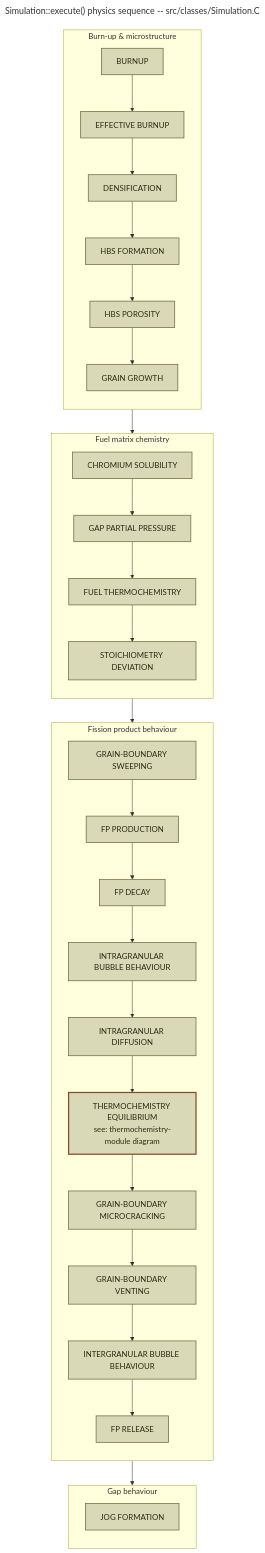
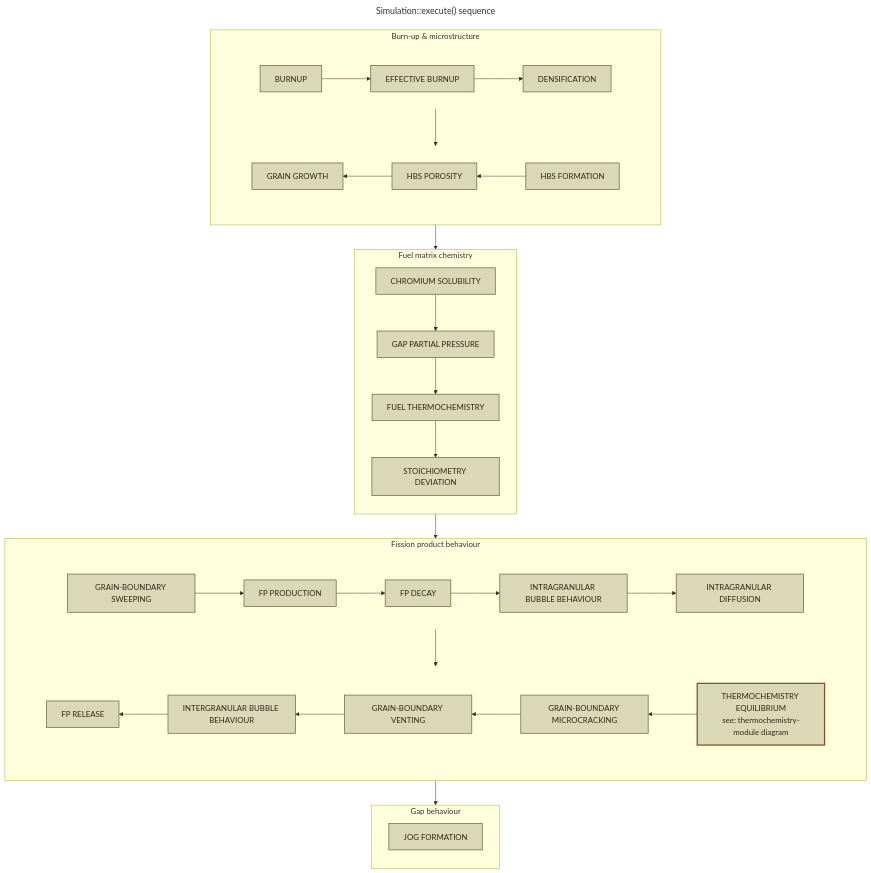
The diagram in utilities/workflow/Simulation.mmd (sciantix/sciantix-official), drawn with Mermaid before and after one commit. The commit also changed 136 other files, not shown here.

```diff
--- a/utilities/workflow/Simulation.mmd
+++ b/utilities/workflow/Simulation.mmd
@@ -1,34 +1,52 @@
 ---
-title: Simulation::execute() physics sequence -- src/classes/Simulation.C
+title: Simulation::execute() sequence   
 ---
 flowchart TB
     subgraph BURN["Burn-up & microstructure"]
         direction TB
-        Burnup["BURNUP"] --> EffectiveBurnup["EFFECTIVE BURNUP"] --> Densification["DENSIFICATION"] --> HighBurnupStructureFormation["HBS FORMATION"] --> HighBurnupStructurePorosity["HBS POROSITY"] --> GrainGrowth["GRAIN GROWTH"]
+        subgraph BURN_R1[" "]
+            direction LR
+            Burnup["BURNUP"] --> EffectiveBurnup["EFFECTIVE BURNUP"] --> Densification["DENSIFICATION"]
+        end
+        subgraph BURN_R2[" "]
+            direction RL
+            HighBurnupStructureFormation["HBS FORMATION"] --> HighBurnupStructurePorosity["HBS POROSITY"] --> GrainGrowth["GRAIN GROWTH"]
+        end
+        Densification --> HighBurnupStructureFormation
     end
 
     subgraph CHEM["Fuel matrix chemistry"]
         direction TB
         ChromiumSolubility["CHROMIUM SOLUBILITY"] --> GapPartialPressure["GAP PARTIAL PRESSURE"] --> UO2Thermochemistry["FUEL THERMOCHEMISTRY"] --> StoichiometryDeviation["STOICHIOMETRY DEVIATION"]
     end
 
     subgraph FP["Fission product behaviour"]
         direction TB
-        GrainBoundarySweeping["GRAIN-BOUNDARY SWEEPING"] --> FissionProductProduction["FP PRODUCTION"] --> FissionProductDecay["FP DECAY"] --> IntraGranularBubbleBehavior["INTRAGRANULAR BUBBLE BEHAVIOUR"] --> IntragranularDiffusion["INTRAGRANULAR DIFFUSION"] --> SetPhaseDiagram["THERMOCHEMISTRY EQUILIBRIUM<br/>see: thermochemistry-module diagram"] --> GrainBoundaryMicroCracking["GRAIN-BOUNDARY MICROCRACKING"] --> GrainBoundaryVenting["GRAIN-BOUNDARY VENTING"] --> InterGranularBubbleBehavior["INTERGRANULAR BUBBLE BEHAVIOUR"] --> FissionProductRelease["FP RELEASE"]
+        subgraph FP_R1[" "]
+            direction LR
+            GrainBoundarySweeping["GRAIN-BOUNDARY SWEEPING"] --> FissionProductProduction["FP PRODUCTION"] --> FissionProductDecay["FP DECAY"] --> IntraGranularBubbleBehavior["INTRAGRANULAR BUBBLE BEHAVIOUR"] --> IntragranularDiffusion["INTRAGRANULAR DIFFUSION"]
+        end
+        subgraph FP_R2[" "]
+            direction RL
+            SetPhaseDiagram["THERMOCHEMISTRY EQUILIBRIUM<br/>see: thermochemistry-module diagram"] --> GrainBoundaryMicroCracking["GRAIN-BOUNDARY MICROCRACKING"] --> GrainBoundaryVenting["GRAIN-BOUNDARY VENTING"] --> InterGranularBubbleBehavior["INTERGRANULAR BUBBLE BEHAVIOUR"] --> FissionProductRelease["FP RELEASE"]
+        end
+        IntragranularDiffusion --> SetPhaseDiagram
     end
 
     subgraph GAP["Gap behaviour"]
         direction TB
         JOGFormation["JOG FORMATION"]
     end
 
     GrainGrowth --> ChromiumSolubility
     StoichiometryDeviation --> GrainBoundarySweeping
     FissionProductRelease --> JOGFormation
 
     classDef note fill:#F6E9D9,stroke:#7A1F1F,stroke-width:1px,color:#3a0d0d;
     classDef simProcess fill:#D9D9B8,stroke:#6B6B3A,stroke-width:1.5px,color:#2b2b16;
     classDef simHighlight fill:#D9D9B8,stroke:#8A4A2A,stroke-width:2.5px,color:#2b2b16;
+    classDef rowGroup fill:none,stroke:none;
 
     class Burnup,EffectiveBurnup,Densification,GapPartialPressure,UO2Thermochemistry,HighBurnupStructureFormation,HighBurnupStructurePorosity,GrainGrowth,ChromiumSolubility,StoichiometryDeviation,GrainBoundarySweeping,FissionProductProduction,FissionProductDecay,IntraGranularBubbleBehavior,IntragranularDiffusion,GrainBoundaryMicroCracking,GrainBoundaryVenting,InterGranularBubbleBehavior,FissionProductRelease,JOGFormation simProcess;
     class SetPhaseDiagram simHighlight;
+    class BURN_R1,BURN_R2,FP_R1,FP_R2 rowGroup;
```
